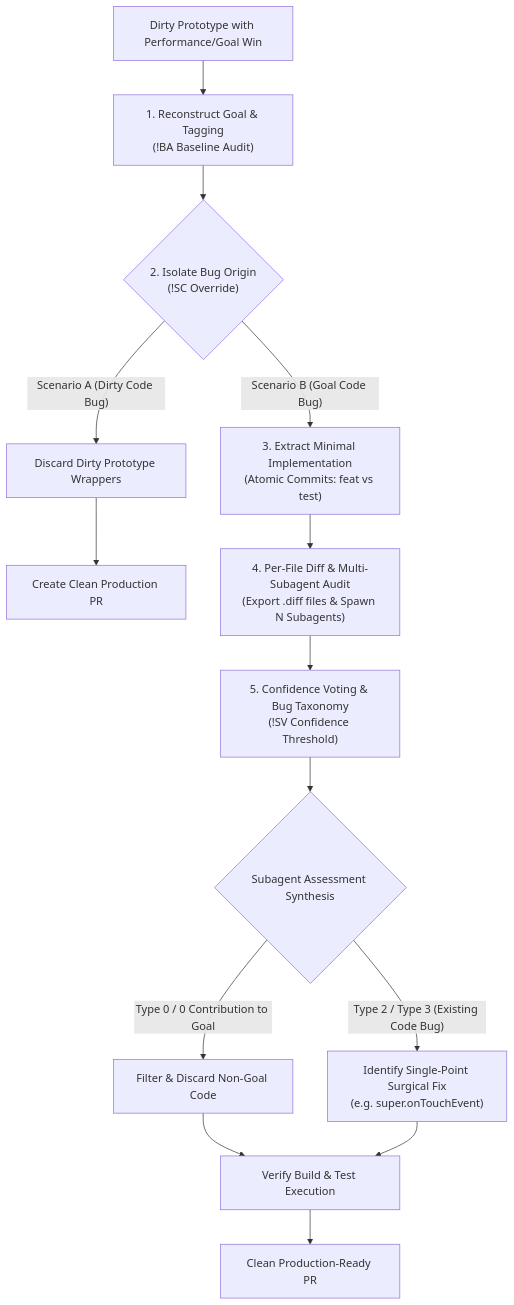
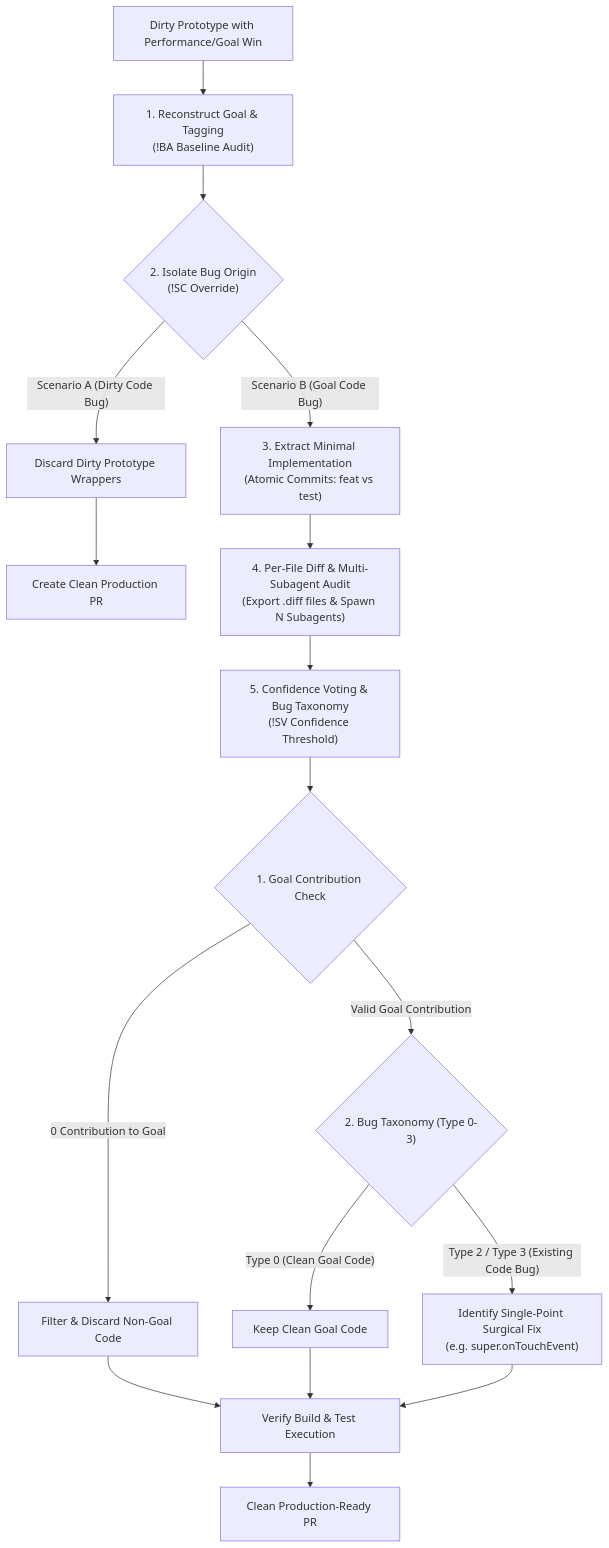
One commit to loerei/myskills changed the diagram in engineering/afterplay/SKILL.md. Above: the diagram before and after it, drawn with Mermaid. The commit also changed other lines of this file and 1 other file, not shown here.

Commit message:
fix(afterplay): correct Mermaid flowchart and synthesis logic to preserve Type 0 clean goal code while filtering 0 Goal Contribution bloat

````diff
--- a/engineering/afterplay/SKILL.md
+++ b/engineering/afterplay/SKILL.md
@@ -16,23 +16,27 @@
 ```mermaid
 flowchart TD
     Start["Dirty Prototype with Performance/Goal Win"] --> Phase1["1. Reconstruct Goal & Tagging<br/>(!BA Baseline Audit)"]
     
     Phase1 --> Phase2{"2. Isolate Bug Origin<br/>(!SC<A|B> Override)"}
     
     Phase2 -->|"Scenario A (Dirty Code Bug)"| DiscardDirty["Discard Dirty Prototype Wrappers"] --> PR_Direct["Create Clean Production PR"]
     
     Phase2 -->|"Scenario B (Goal Code Bug)"| Phase3["3. Extract Minimal Implementation<br/>(Atomic Commits: feat vs test)"]
     
     Phase3 --> Phase4["4. Per-File Diff & Multi-Subagent Audit<br/>(Export .diff files & Spawn N Subagents)"]
     
     Phase4 --> Phase5["5. Confidence Voting & Bug Taxonomy<br/>(!SV<N> Confidence Threshold)"]
     
-    Phase5 --> CheckType{"Subagent Assessment Synthesis"}
-    CheckType -->|"Type 0 / 0 Contribution to Goal"| StripCode["Filter & Discard Non-Goal Code"]
-    CheckType -->|"Type 2 / Type 3 (Existing Code Bug)"| SurgicalFix["Identify Single-Point Surgical Fix<br/>(e.g. super.onTouchEvent)"]
+    Phase5 --> CheckGoal{"1. Goal Contribution Check"}
+    CheckGoal -->|"0 Contribution to Goal"| StripCode["Filter & Discard Non-Goal Code"]
+    CheckGoal -->|"Valid Goal Contribution"| CheckBug{"2. Bug Taxonomy (Type 0-3)"}
+    
+    CheckBug -->|"Type 0 (Clean Goal Code)"| KeepCode["Keep Clean Goal Code"]
+    CheckBug -->|"Type 2 / Type 3 (Existing Code Bug)"| SurgicalFix["Identify Single-Point Surgical Fix<br/>(e.g. super.onTouchEvent)"]
     
     StripCode --> Verify["Verify Build & Test Execution"]
+    KeepCode --> Verify
     SurgicalFix --> Verify
     
     Verify --> Done["Clean Production-Ready PR"]
 ```
````
